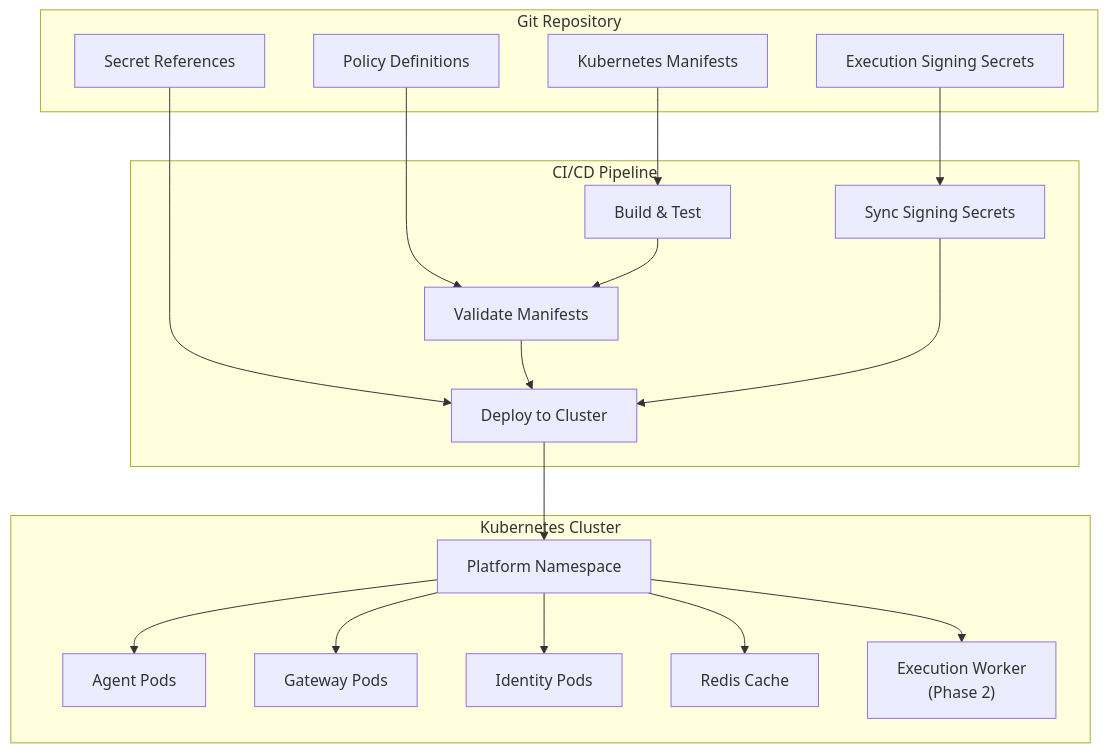
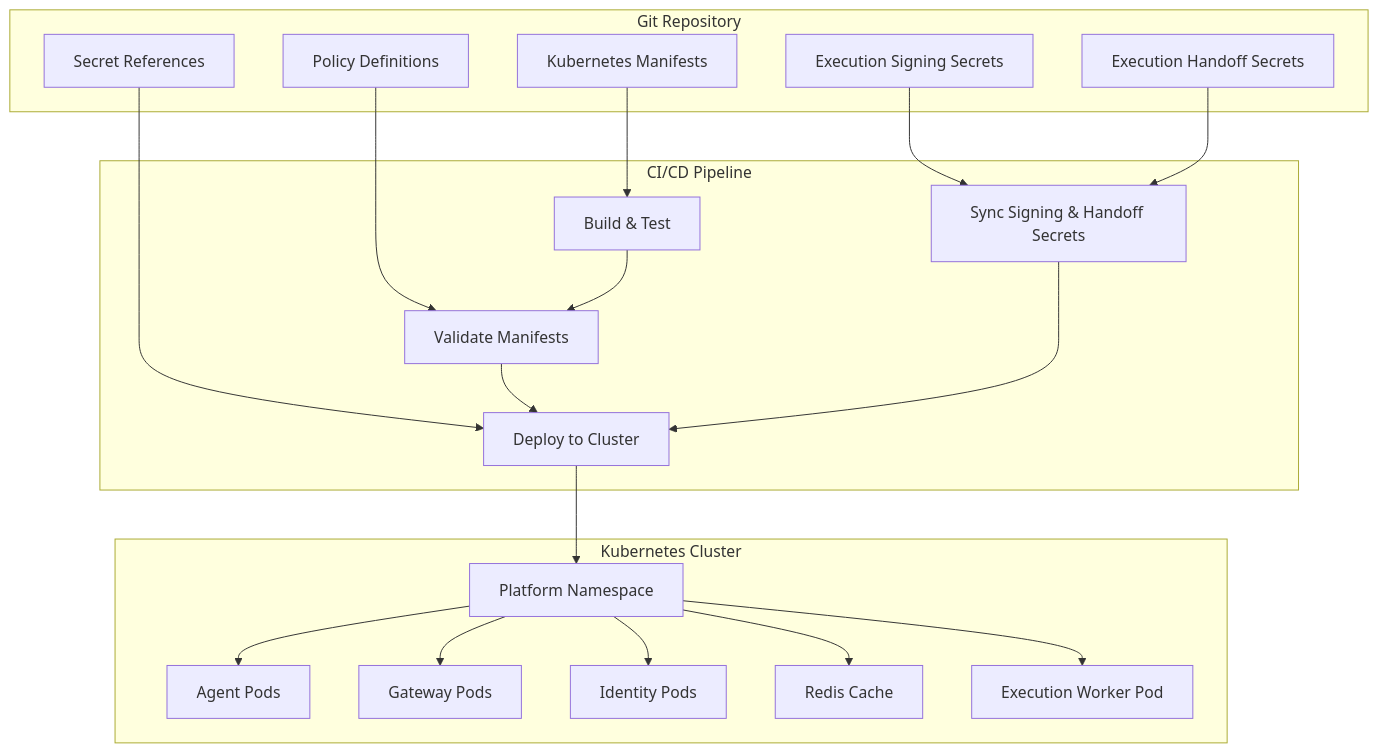
One commit to metasync/luban-aiops changed the eighth of 8 diagrams in .qoder/repowiki/en/content/Project Overview.md. Above: the diagram before and after it, drawn with Mermaid. The commit also changed other lines of this file and 2 other files, not shown here.

````diff
--- a/.qoder/repowiki/en/content/Project Overview.md
+++ b/.qoder/repowiki/en/content/Project Overview.md
@@ -550,36 +585,38 @@
 ```mermaid
 graph TB
 subgraph "Git Repository"
 Config["Kubernetes Manifests"]
 Policies["Policy Definitions"]
 Secrets["Secret References"]
 SigningSecrets["Execution Signing Secrets"]
+HandoffSecrets["Execution Handoff Secrets"]
 end
 subgraph "CI/CD Pipeline"
 Build["Build & Test"]
 Validate["Validate Manifests"]
 Deploy["Deploy to Cluster"]
-SyncSecrets["Sync Signing Secrets"]
+SyncSecrets["Sync Signing & Handoff Secrets"]
 end
 subgraph "Kubernetes Cluster"
 Namespace["Platform Namespace"]
 Agents["Agent Pods"]
 Gateway["Gateway Pods"]
 Identity["Identity Pods"]
 Redis["Redis Cache"]
-Worker["Execution Worker<br/>(Phase 2)"]
+Worker["Execution Worker Pod"]
 end
 Config --> Build
 Policies --> Validate
 Secrets --> Deploy
 SigningSecrets --> SyncSecrets
+HandoffSecrets --> SyncSecrets
 Build --> Validate
 Validate --> Deploy
 SyncSecrets --> Deploy
 Deploy --> Namespace
 Namespace --> Agents
 Namespace --> Gateway
 Namespace --> Identity
 Namespace --> Redis
 Namespace --> Worker
 ```
````
